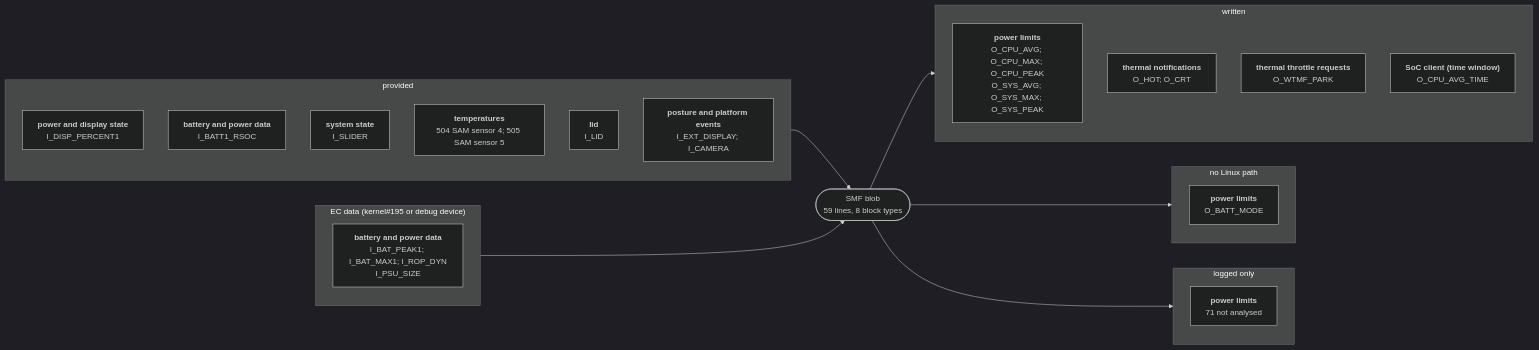
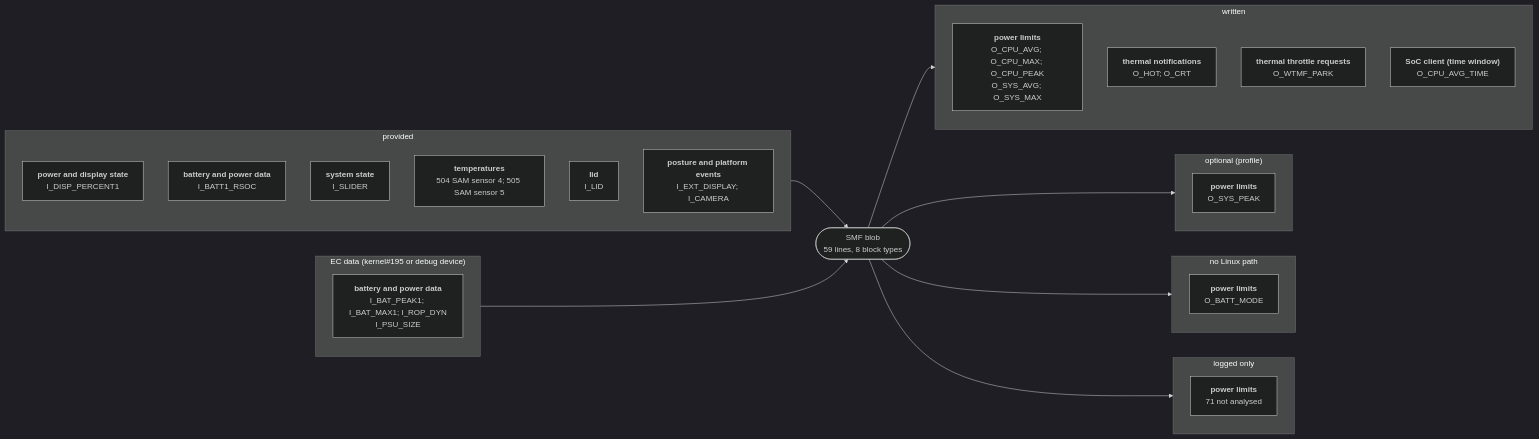
The diagram in docs/devices/surface-go-3.md (larsschellhas/linux-surface-power), drawn with Mermaid (dark theme) before and after one commit. The commit also changed other lines of this file and 42 other files, not shown here.

````diff
--- a/docs/devices/surface-go-3.md
+++ b/docs/devices/surface-go-3.md
@@ -19,32 +19,36 @@
 ```mermaid
 flowchart LR
     subgraph IN0["provided"]
         I0_1FB53D4C["<b>power and display state</b><br/>I_DISP_PERCENT1"]
         I0_28B7BD85["<b>battery and power data</b><br/>I_BATT1_RSOC"]
         I0_2DD6960F["<b>system state</b><br/>I_SLIDER"]
         I0_2E8B14C2["<b>temperatures</b><br/>504 SAM sensor 4; 505 SAM sensor 5"]
         I0_5D0EE597["<b>lid</b><br/>I_LID"]
         I0_8060B17F["<b>posture and platform events</b><br/>I_EXT_DISPLAY; I_CAMERA"]
     end
     IN0 --> B
     subgraph IN1["EC data (kernel#195 or debug device)"]
         I1_28B7BD85["<b>battery and power data</b><br/>I_BAT_PEAK1; I_BAT_MAX1; I_ROP_DYN<br/>I_PSU_SIZE"]
     end
     IN1 --> B
     B(["SMF blob<br/>59 lines, 8 block types"])
     subgraph OUT0["written"]
-        O0_0B7B5350["<b>power limits</b><br/>O_CPU_AVG; O_CPU_MAX; O_CPU_PEAK<br/>O_SYS_AVG; O_SYS_MAX; O_SYS_PEAK"]
+        O0_0B7B5350["<b>power limits</b><br/>O_CPU_AVG; O_CPU_MAX; O_CPU_PEAK<br/>O_SYS_AVG; O_SYS_MAX"]
         O0_110DF2A4["<b>thermal notifications</b><br/>O_HOT; O_CRT"]
         O0_9BBB8910["<b>thermal throttle requests</b><br/>O_WTMF_PARK"]
         O0_CF2F6076["<b>SoC client (time window)</b><br/>O_CPU_AVG_TIME"]
     end
     B --> OUT0
-    subgraph OUT1["no Linux path"]
-        O1_0B7B5350["<b>power limits</b><br/>O_BATT_MODE"]
+    subgraph OUT1["optional (profile)"]
+        O1_0B7B5350["<b>power limits</b><br/>O_SYS_PEAK"]
     end
     B --> OUT1
-    subgraph OUT2["logged only"]
-        O2_0B7B5350["<b>power limits</b><br/>71 not analysed"]
+    subgraph OUT2["no Linux path"]
+        O2_0B7B5350["<b>power limits</b><br/>O_BATT_MODE"]
     end
     B --> OUT2
+    subgraph OUT3["logged only"]
+        O3_0B7B5350["<b>power limits</b><br/>71 not analysed"]
+    end
+    B --> OUT3
 ```
````
